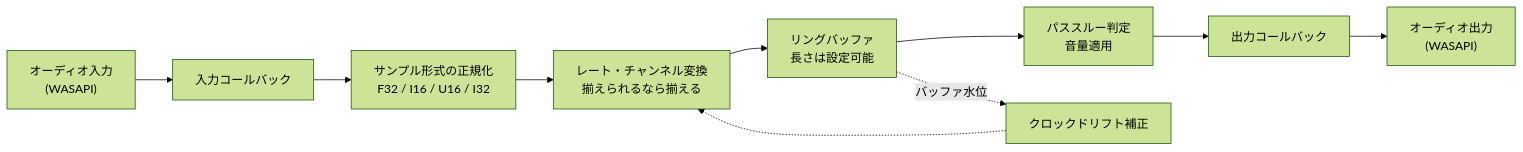
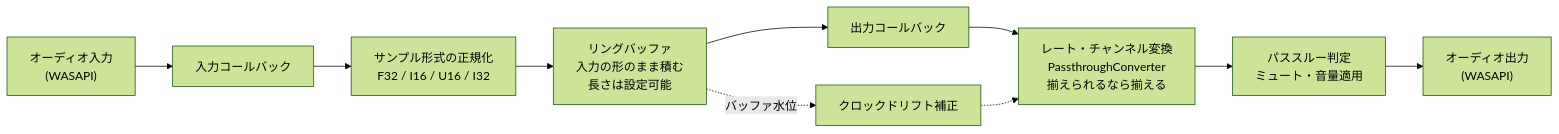
The fourth of 4 diagrams in docs/ARCHITECTURE.md (Mui-MuiMui/Capturecard_Viewer), drawn with Mermaid (forest theme) before and after one commit. The commit also changed 5 other files, not shown here.

First line of the commit message:
docs: 設計文書と実コードの食い違いを直す（音声の図、ミュート、観測値の表ほか）

````diff
--- a/docs/ARCHITECTURE.md
+++ b/docs/ARCHITECTURE.md
@@ -259,15 +259,15 @@
 ```mermaid
 flowchart LR
     in["オーディオ入力<br/>(WASAPI)"]
     incb["入力コールバック"]
     fmt["サンプル形式の正規化<br/>F32 / I16 / U16 / I32"]
-    conv["レート・チャンネル変換<br/>揃えられるなら揃える"]
-    ring["リングバッファ<br/>長さは設定可能"]
-    gate["パススルー判定<br/>音量適用"]
+    ring["リングバッファ<br/>入力の形のまま積む<br/>長さは設定可能"]
     outcb["出力コールバック"]
+    conv["レート・チャンネル変換<br/>PassthroughConverter<br/>揃えられるなら揃える"]
+    gate["パススルー判定<br/>ミュート・音量適用"]
     out["オーディオ出力<br/>(WASAPI)"]
 
-    in --> incb --> fmt --> conv --> ring --> gate --> outcb --> out
+    in --> incb --> fmt --> ring --> outcb --> conv --> gate --> out
     ring -.->|バッファ水位| drift["クロックドリフト補正"]
     drift -.-> conv
 ```
````
